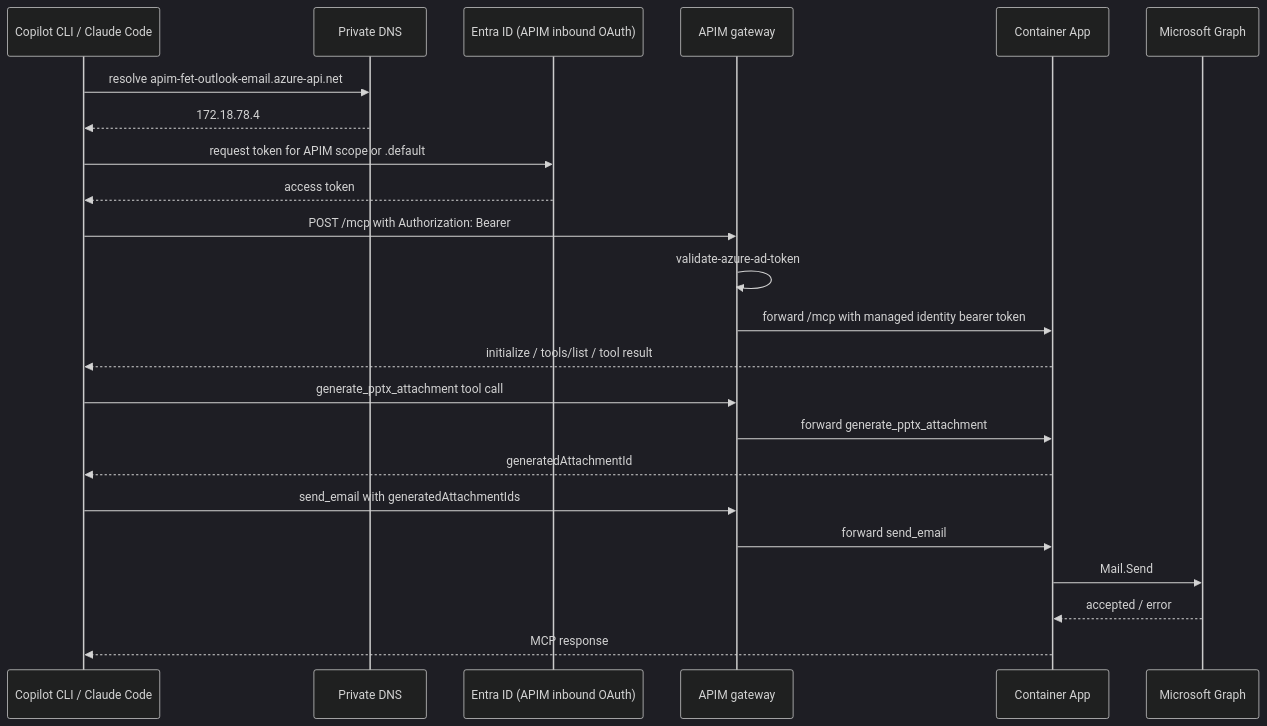
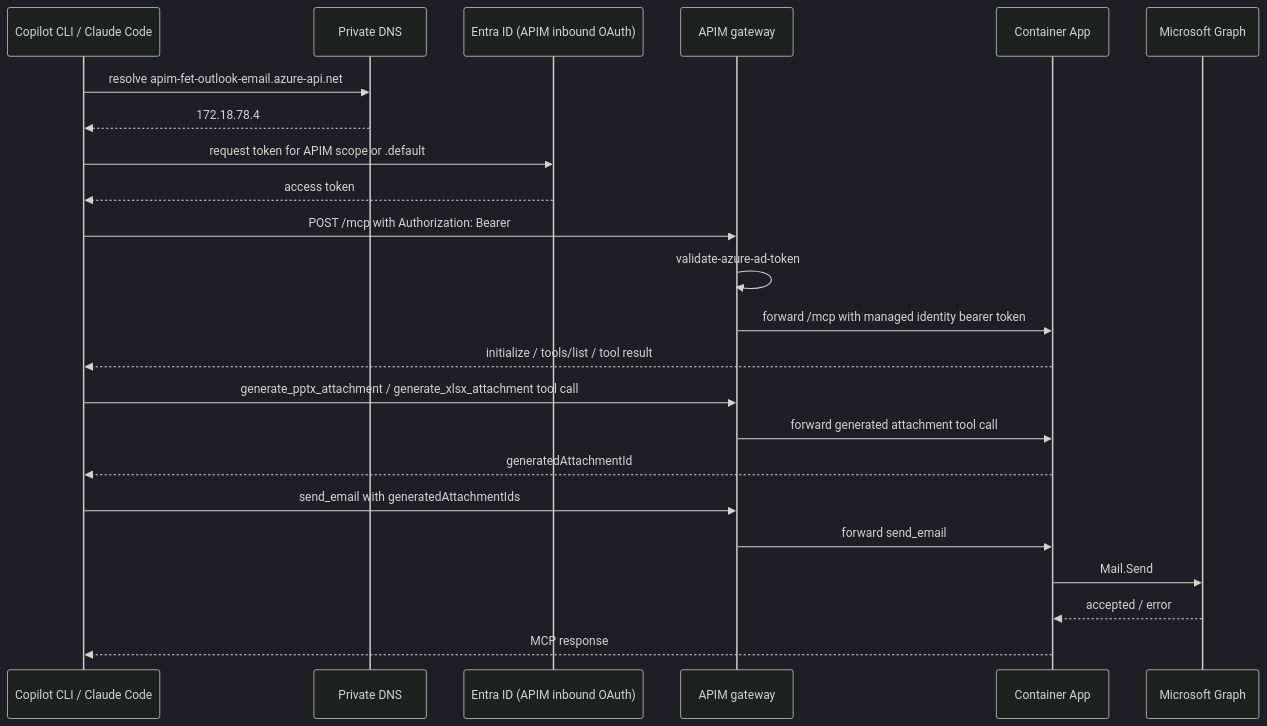
Before and after one commit to Fet-ycliang/mcp-dotnet-samples: the second of 2 diagrams in outlook-email/README.md, drawn with Mermaid (dark theme). The commit also changed other lines of this file and 14 other files, not shown here.

First line of the commit message:
feat(outlook-email): add xlsx attachment tool

````diff
--- a/outlook-email/README.md
+++ b/outlook-email/README.md
@@ -1245,26 +1386,26 @@
 ```mermaid
 sequenceDiagram
     participant Client as Copilot CLI / Claude Code
     participant DNS as Private DNS
     participant EntraIn as Entra ID (APIM inbound OAuth)
     participant APIM as APIM gateway
     participant ACA as Container App
     participant Graph as Microsoft Graph
 
     Client->>DNS: resolve apim-fet-outlook-email.azure-api.net
     DNS-->>Client: 172.18.78.4
     Client->>EntraIn: request token for APIM scope or .default
     EntraIn-->>Client: access token
     Client->>APIM: POST /mcp with Authorization: Bearer
     APIM->>APIM: validate-azure-ad-token
     APIM->>ACA: forward /mcp with managed identity bearer token
     ACA-->>Client: initialize / tools/list / tool result
-    Client->>APIM: generate_pptx_attachment tool call
-    APIM->>ACA: forward generate_pptx_attachment
+    Client->>APIM: generate_pptx_attachment / generate_xlsx_attachment tool call
+    APIM->>ACA: forward generated attachment tool call
     ACA-->>Client: generatedAttachmentId
     Client->>APIM: send_email with generatedAttachmentIds
     APIM->>ACA: forward send_email
     ACA->>Graph: Mail.Send
     Graph-->>ACA: accepted / error
     ACA-->>Client: MCP response
 ```
````
